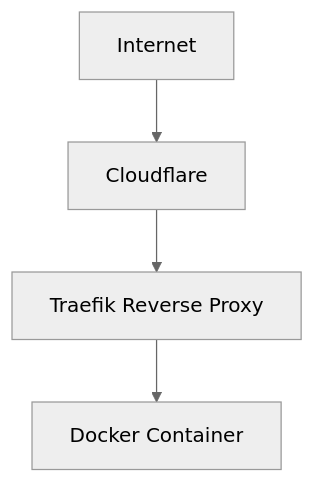
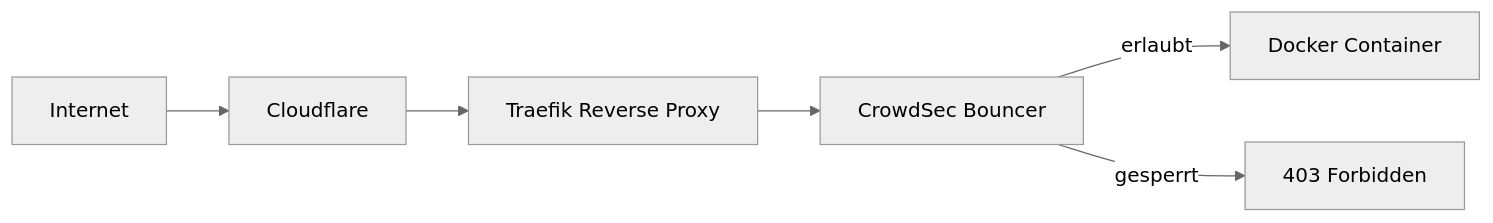
The first of 2 diagrams in README.md (msortin13x/homelab-doku), drawn with Mermaid (neutral theme) before and after one commit. The commit also changed other lines of this file and 6 other files, not shown here.

````diff
--- a/README.md
+++ b/README.md
@@ -61,6 +61,8 @@
 ```mermaid
-flowchart TD
-      A[Internet] --> B[Cloudflare]
-      B --> C[Traefik Reverse Proxy]
-      C --> D[Docker Container]
+flowchart LR
+    A[Internet] --> B[Cloudflare]
+    B --> C[Traefik Reverse Proxy]
+    C --> E[CrowdSec Bouncer]
+    E -->|erlaubt| D[Docker Container]
+    E -->|gesperrt| F[403 Forbidden]
 ```
````
